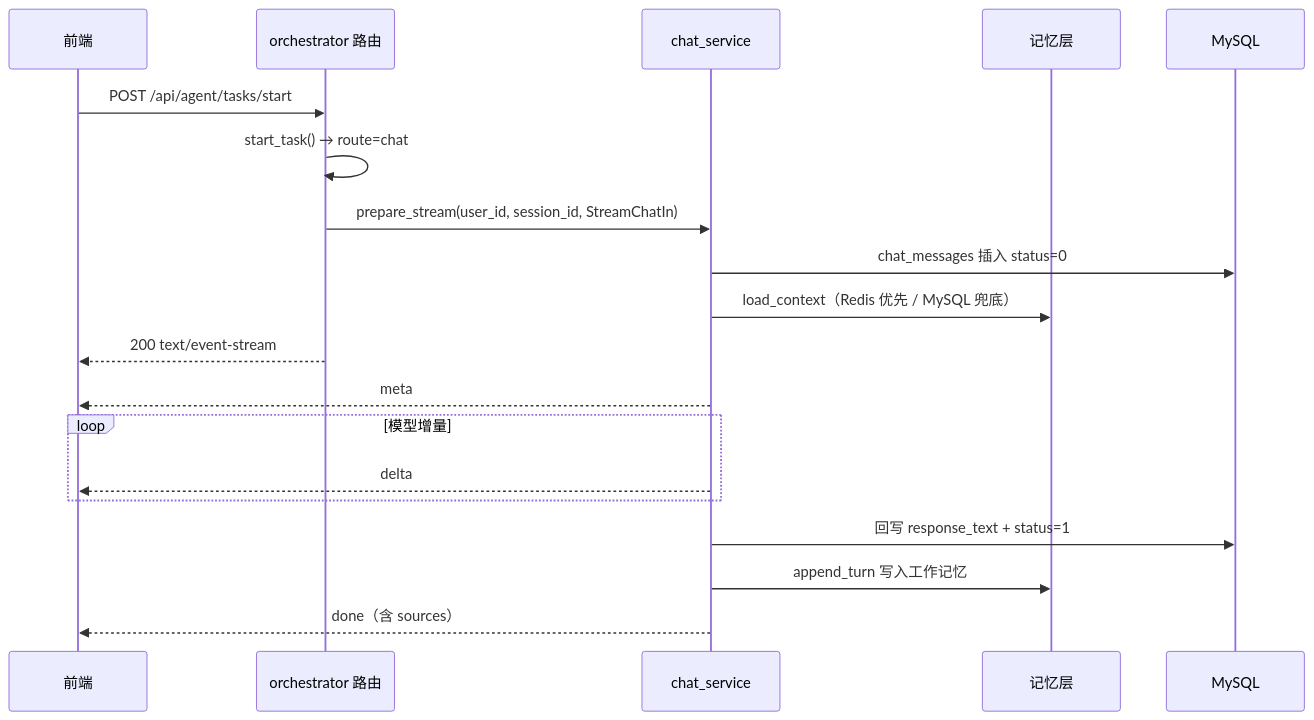
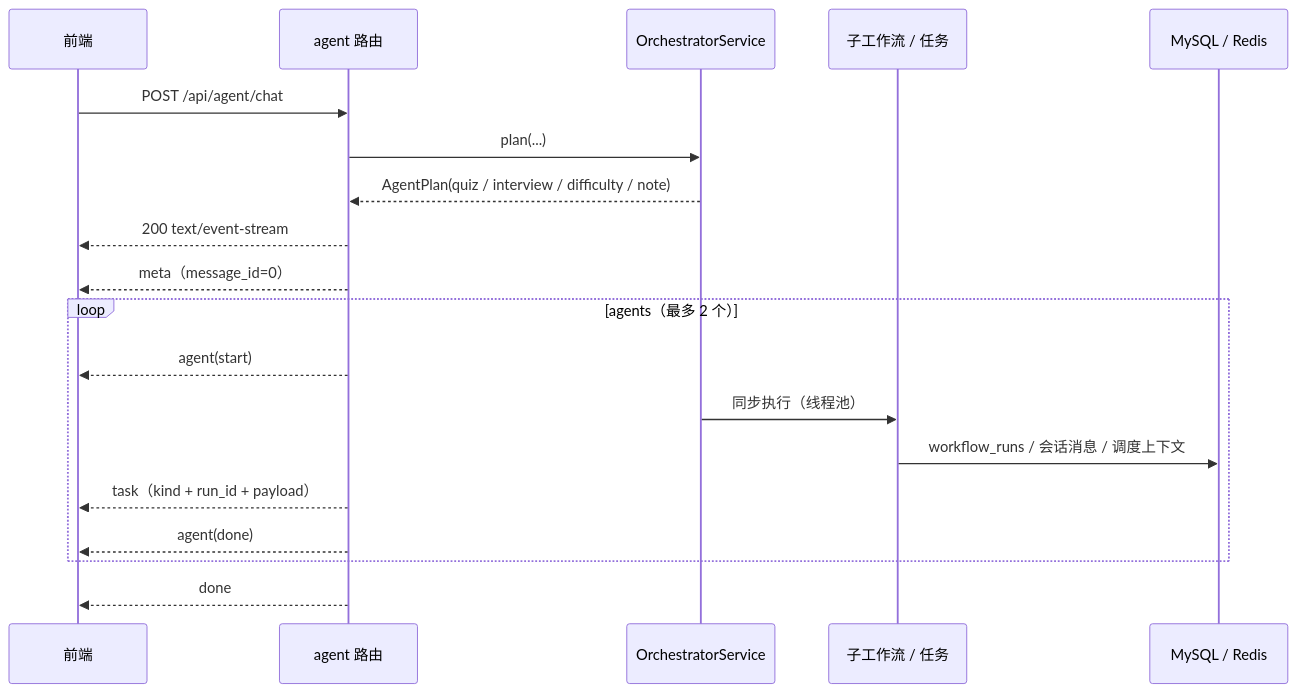
Before and after one commit to jiayinjiang-pistachio/study-pass-ai: the third of 7 diagrams in agent-backend/docs/orchestrator-workflow-design.md, drawn with Mermaid. The commit also changed other lines of this file and 56 other files, not shown here.

````diff
--- a/agent-backend/docs/orchestrator-workflow-design.md
+++ b/agent-backend/docs/orchestrator-workflow-design.md
@@ -88,22 +139,22 @@
 ```mermaid
 sequenceDiagram
     participant FE as 前端
-    participant R as orchestrator 路由
-    participant C as chat_service
-    participant M as 记忆层
-    participant DB as MySQL
+    participant R as agent 路由
+    participant S as OrchestratorService
+    participant W as 子工作流 / 任务
+    participant DB as MySQL / Redis
 
-    FE->>R: POST /api/agent/tasks/start
-    R->>R: start_task() → route=chat
-    R->>C: prepare_stream(user_id, session_id, StreamChatIn)
-    C->>DB: chat_messages 插入 status=0
-    C->>M: load_context（Redis 优先 / MySQL 兜底）
+    FE->>R: POST /api/agent/chat
+    R->>S: plan(...)
+    S-->>R: AgentPlan(quiz / interview / difficulty / note)
     R-->>FE: 200 text/event-stream
-    C-->>FE: meta
-    loop 模型增量
-        C-->>FE: delta
+    R-->>FE: meta（message_id=0）
+    loop agents（最多 2 个）
+        R-->>FE: agent(start)
+        S->>W: 同步执行（线程池）
+        W->>DB: workflow_runs / 会话消息 / 调度上下文
+        R-->>FE: task（kind + run_id + payload）
+        R-->>FE: agent(done)
     end
-    C->>DB: 回写 response_text + status=1
-    C->>M: append_turn 写入工作记忆
-    C-->>FE: done（含 sources）
+    R-->>FE: done
 ```
````
